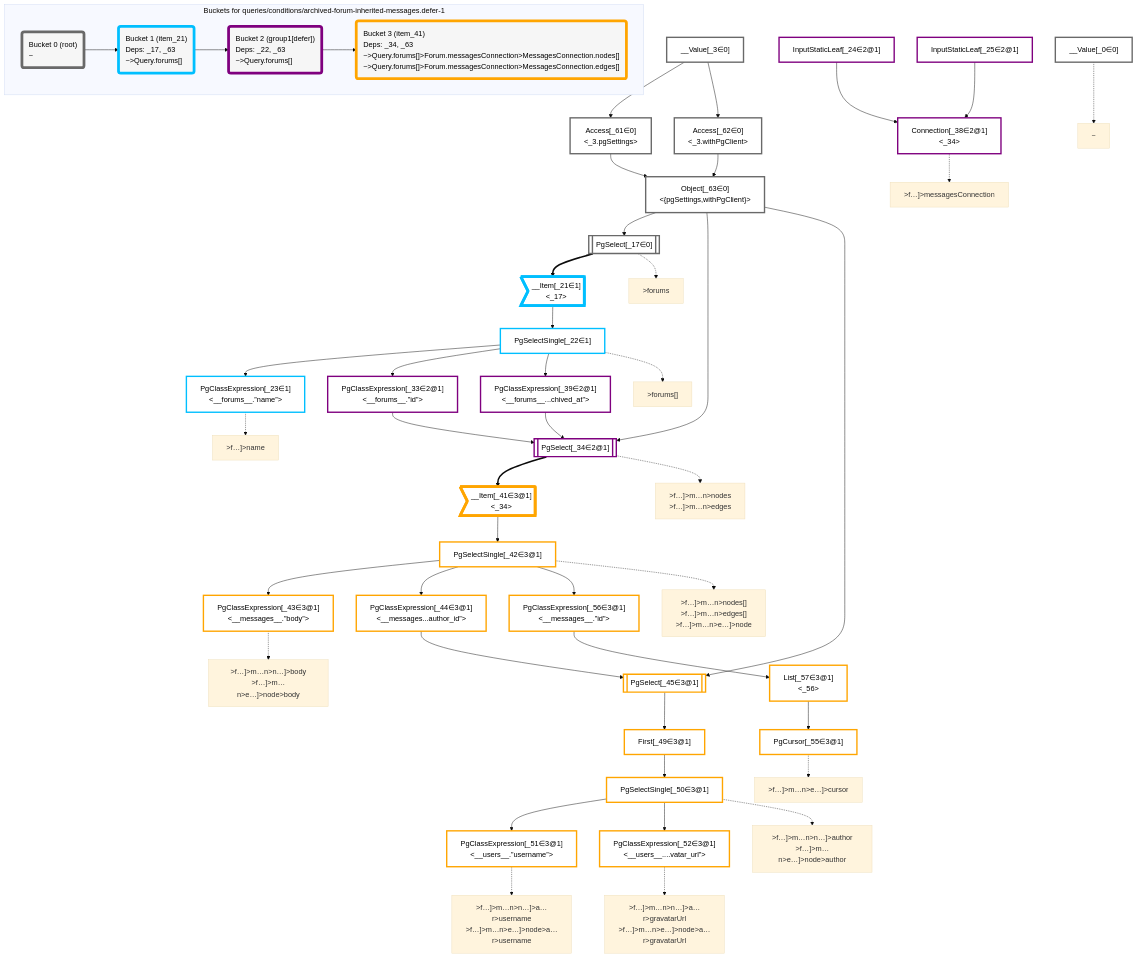
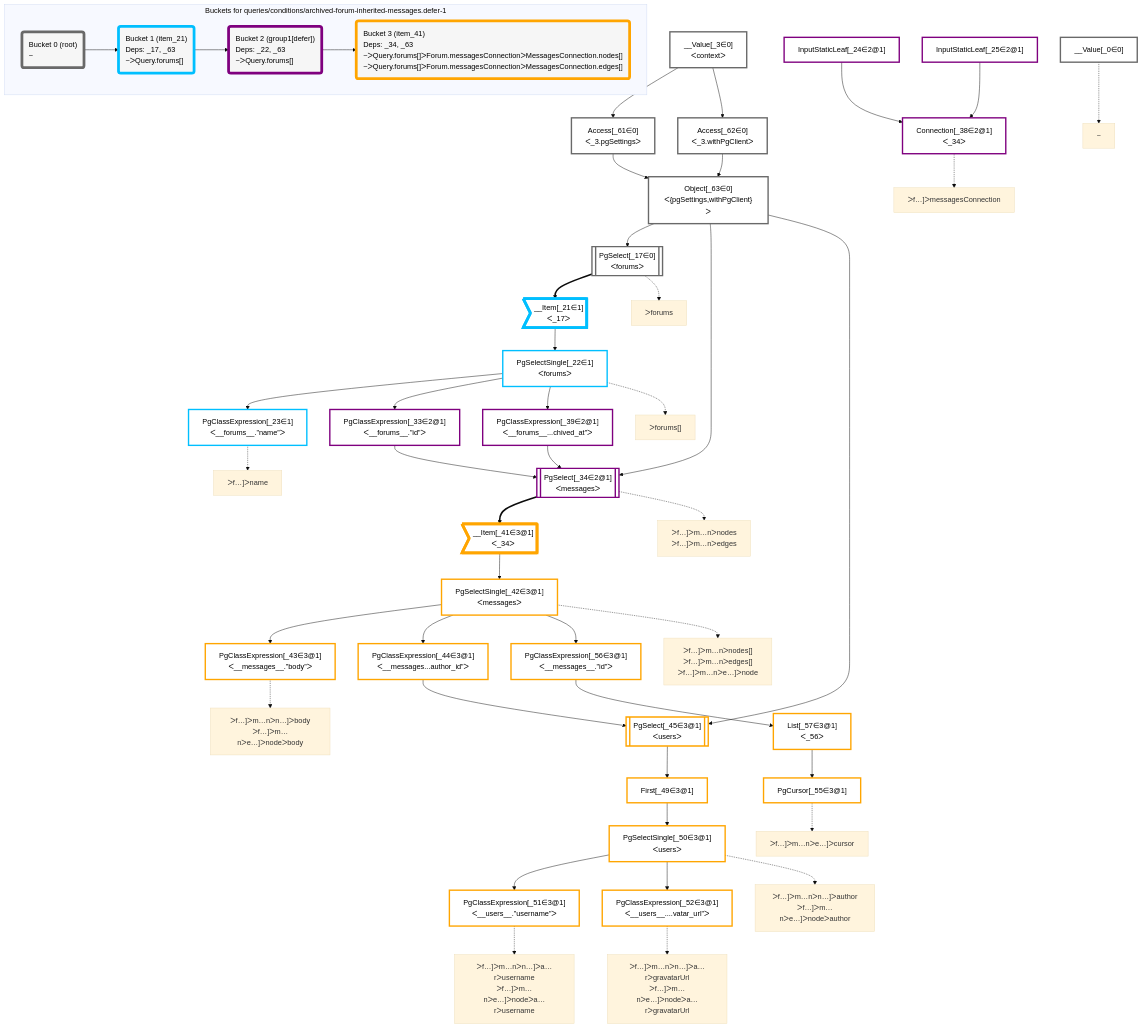
One commit to graphile/crystal changed the diagram in packages/dataplan-pg/__tests__/queries/conditions/archived-forum-inherited-messages.defer-1.deopt.mermaid.md. Above: the diagram before and after it, drawn with Mermaid (base theme). The commit also changed 195 other files, not shown here.

```diff
--- a/packages/dataplan-pg/__tests__/queries/conditions/archived-forum-inherited-messages.defer-1.deopt.mermaid.md
+++ b/packages/dataplan-pg/__tests__/queries/conditions/archived-forum-inherited-messages.defer-1.deopt.mermaid.md
@@ -9,32 +9,32 @@
 
     %% define plans
     __Value_0["__Value[_0∈0]"]:::plan
-    __Value_3["__Value[_3∈0]<br /><context>"]:::plan
-    PgSelect_17[["PgSelect[_17∈0]<br /><forums>"]]:::plan
-    __Item_21>"__Item[_21∈1]<br /><_17>"]:::itemplan
-    PgSelectSingle_22["PgSelectSingle[_22∈1]<br /><forums>"]:::plan
-    PgClassExpression_23["PgClassExpression[_23∈1]<br /><__forums__.”name”>"]:::plan
+    __Value_3["__Value[_3∈0]<br />ᐸcontextᐳ"]:::plan
+    PgSelect_17[["PgSelect[_17∈0]<br />ᐸforumsᐳ"]]:::plan
+    __Item_21>"__Item[_21∈1]<br />ᐸ_17ᐳ"]:::itemplan
+    PgSelectSingle_22["PgSelectSingle[_22∈1]<br />ᐸforumsᐳ"]:::plan
+    PgClassExpression_23["PgClassExpression[_23∈1]<br />ᐸ__forums__.”name”ᐳ"]:::plan
     InputStaticLeaf_24["InputStaticLeaf[_24∈2@1]"]:::plan
     InputStaticLeaf_25["InputStaticLeaf[_25∈2@1]"]:::plan
-    PgClassExpression_33["PgClassExpression[_33∈2@1]<br /><__forums__.”id”>"]:::plan
-    PgSelect_34[["PgSelect[_34∈2@1]<br /><messages>"]]:::plan
-    Connection_38["Connection[_38∈2@1]<br /><_34>"]:::plan
-    PgClassExpression_39["PgClassExpression[_39∈2@1]<br /><__forums__...chived_at”>"]:::plan
-    __Item_41>"__Item[_41∈3@1]<br /><_34>"]:::itemplan
-    PgSelectSingle_42["PgSelectSingle[_42∈3@1]<br /><messages>"]:::plan
-    PgClassExpression_43["PgClassExpression[_43∈3@1]<br /><__messages__.”body”>"]:::plan
-    PgClassExpression_44["PgClassExpression[_44∈3@1]<br /><__messages...author_id”>"]:::plan
-    PgSelect_45[["PgSelect[_45∈3@1]<br /><users>"]]:::plan
+    PgClassExpression_33["PgClassExpression[_33∈2@1]<br />ᐸ__forums__.”id”ᐳ"]:::plan
+    PgSelect_34[["PgSelect[_34∈2@1]<br />ᐸmessagesᐳ"]]:::plan
+    Connection_38["Connection[_38∈2@1]<br />ᐸ_34ᐳ"]:::plan
+    PgClassExpression_39["PgClassExpression[_39∈2@1]<br />ᐸ__forums__...chived_at”ᐳ"]:::plan
+    __Item_41>"__Item[_41∈3@1]<br />ᐸ_34ᐳ"]:::itemplan
+    PgSelectSingle_42["PgSelectSingle[_42∈3@1]<br />ᐸmessagesᐳ"]:::plan
+    PgClassExpression_43["PgClassExpression[_43∈3@1]<br />ᐸ__messages__.”body”ᐳ"]:::plan
+    PgClassExpression_44["PgClassExpression[_44∈3@1]<br />ᐸ__messages...author_id”ᐳ"]:::plan
+    PgSelect_45[["PgSelect[_45∈3@1]<br />ᐸusersᐳ"]]:::plan
     First_49["First[_49∈3@1]"]:::plan
-    PgSelectSingle_50["PgSelectSingle[_50∈3@1]<br /><users>"]:::plan
-    PgClassExpression_51["PgClassExpression[_51∈3@1]<br /><__users__.”username”>"]:::plan
-    PgClassExpression_52["PgClassExpression[_52∈3@1]<br /><__users__....vatar_url”>"]:::plan
+    PgSelectSingle_50["PgSelectSingle[_50∈3@1]<br />ᐸusersᐳ"]:::plan
+    PgClassExpression_51["PgClassExpression[_51∈3@1]<br />ᐸ__users__.”username”ᐳ"]:::plan
+    PgClassExpression_52["PgClassExpression[_52∈3@1]<br />ᐸ__users__....vatar_url”ᐳ"]:::plan
     PgCursor_55["PgCursor[_55∈3@1]"]:::plan
-    PgClassExpression_56["PgClassExpression[_56∈3@1]<br /><__messages__.”id”>"]:::plan
-    List_57["List[_57∈3@1]<br /><_56>"]:::plan
-    Access_61["Access[_61∈0]<br /><_3.pgSettings>"]:::plan
-    Access_62["Access[_62∈0]<br /><_3.withPgClient>"]:::plan
-    Object_63["Object[_63∈0]<br /><{pgSettings,withPgClient}>"]:::plan
+    PgClassExpression_56["PgClassExpression[_56∈3@1]<br />ᐸ__messages__.”id”ᐳ"]:::plan
+    List_57["List[_57∈3@1]<br />ᐸ_56ᐳ"]:::plan
+    Access_61["Access[_61∈0]<br />ᐸ_3.pgSettingsᐳ"]:::plan
+    Access_62["Access[_62∈0]<br />ᐸ_3.withPgClientᐳ"]:::plan
+    Object_63["Object[_63∈0]<br />ᐸ{pgSettings,withPgClient}ᐳ"]:::plan
 
     %% plan dependencies
     Object_63 --> PgSelect_17
@@ -69,27 +69,27 @@
     %% plan-to-path relationships
     P_0["~"]
     __Value_0 -.-> P_0
-    P_17[">forums"]
+    P_17["ᐳforums"]
     PgSelect_17 -.-> P_17
-    P_22[">forums[]"]
+    P_22["ᐳforums[]"]
     PgSelectSingle_22 -.-> P_22
-    P_23[">f…]>name"]
+    P_23["ᐳf…]ᐳname"]
     PgClassExpression_23 -.-> P_23
-    P_34[">f…]>m…n>nodes<br />>f…]>m…n>edges"]
+    P_34["ᐳf…]ᐳm…nᐳnodes<br />ᐳf…]ᐳm…nᐳedges"]
     PgSelect_34 -.-> P_34
-    P_38[">f…]>messagesConnection"]
+    P_38["ᐳf…]ᐳmessagesConnection"]
     Connection_38 -.-> P_38
-    P_42[">f…]>m…n>nodes[]<br />>f…]>m…n>edges[]<br />>f…]>m…n>e…]>node"]
+    P_42["ᐳf…]ᐳm…nᐳnodes[]<br />ᐳf…]ᐳm…nᐳedges[]<br />ᐳf…]ᐳm…nᐳe…]ᐳnode"]
     PgSelectSingle_42 -.-> P_42
-    P_43[">f…]>m…n>n…]>body<br />>f…]>m…n>e…]>node>body"]
+    P_43["ᐳf…]ᐳm…nᐳn…]ᐳbody<br />ᐳf…]ᐳm…nᐳe…]ᐳnodeᐳbody"]
     PgClassExpression_43 -.-> P_43
-    P_50[">f…]>m…n>n…]>author<br />>f…]>m…n>e…]>node>author"]
+    P_50["ᐳf…]ᐳm…nᐳn…]ᐳauthor<br />ᐳf…]ᐳm…nᐳe…]ᐳnodeᐳauthor"]
     PgSelectSingle_50 -.-> P_50
-    P_51[">f…]>m…n>n…]>a…r>username<br />>f…]>m…n>e…]>node>a…r>username"]
+    P_51["ᐳf…]ᐳm…nᐳn…]ᐳa…rᐳusername<br />ᐳf…]ᐳm…nᐳe…]ᐳnodeᐳa…rᐳusername"]
     PgClassExpression_51 -.-> P_51
-    P_52[">f…]>m…n>n…]>a…r>gravatarUrl<br />>f…]>m…n>e…]>node>a…r>gravatarUrl"]
+    P_52["ᐳf…]ᐳm…nᐳn…]ᐳa…rᐳgravatarUrl<br />ᐳf…]ᐳm…nᐳe…]ᐳnodeᐳa…rᐳgravatarUrl"]
     PgClassExpression_52 -.-> P_52
-    P_55[">f…]>m…n>e…]>cursor"]
+    P_55["ᐳf…]ᐳm…nᐳe…]ᐳcursor"]
     PgCursor_55 -.-> P_55
 
     %% allocate buckets
@@ -105,13 +105,13 @@
     subgraph "Buckets for queries/conditions/archived-forum-inherited-messages.defer-1"
     Bucket0("Bucket 0 (root)<br />~"):::bucket
     style Bucket0 stroke:#696969
-    Bucket1("Bucket 1 (item_21)<br />Deps: _17, _63<br />~>Query.forums[]"):::bucket
+    Bucket1("Bucket 1 (item_21)<br />Deps: _17, _63<br />~ᐳQuery.forums[]"):::bucket
     style Bucket1 stroke:#00bfff
     Bucket0 --> Bucket1
-    Bucket2("Bucket 2 (group1[defer])<br />Deps: _22, _63<br />~>Query.forums[]"):::bucket
+    Bucket2("Bucket 2 (group1[defer])<br />Deps: _22, _63<br />~ᐳQuery.forums[]"):::bucket
     style Bucket2 stroke:#7f007f
     Bucket1 --> Bucket2
-    Bucket3("Bucket 3 (item_41)<br />Deps: _34, _63<br />~>Query.forums[]>Forum.messagesConnection>MessagesConnection.nodes[]<br />~>Query.forums[]>Forum.messagesConnection>MessagesConnection.edges[]"):::bucket
+    Bucket3("Bucket 3 (item_41)<br />Deps: _34, _63<br />~ᐳQuery.forums[]ᐳForum.messagesConnectionᐳMessagesConnection.nodes[]<br />~ᐳQuery.forums[]ᐳForum.messagesConnectionᐳMessagesConnection.edges[]"):::bucket
     style Bucket3 stroke:#ffa500
     Bucket2 --> Bucket3
     end
```
